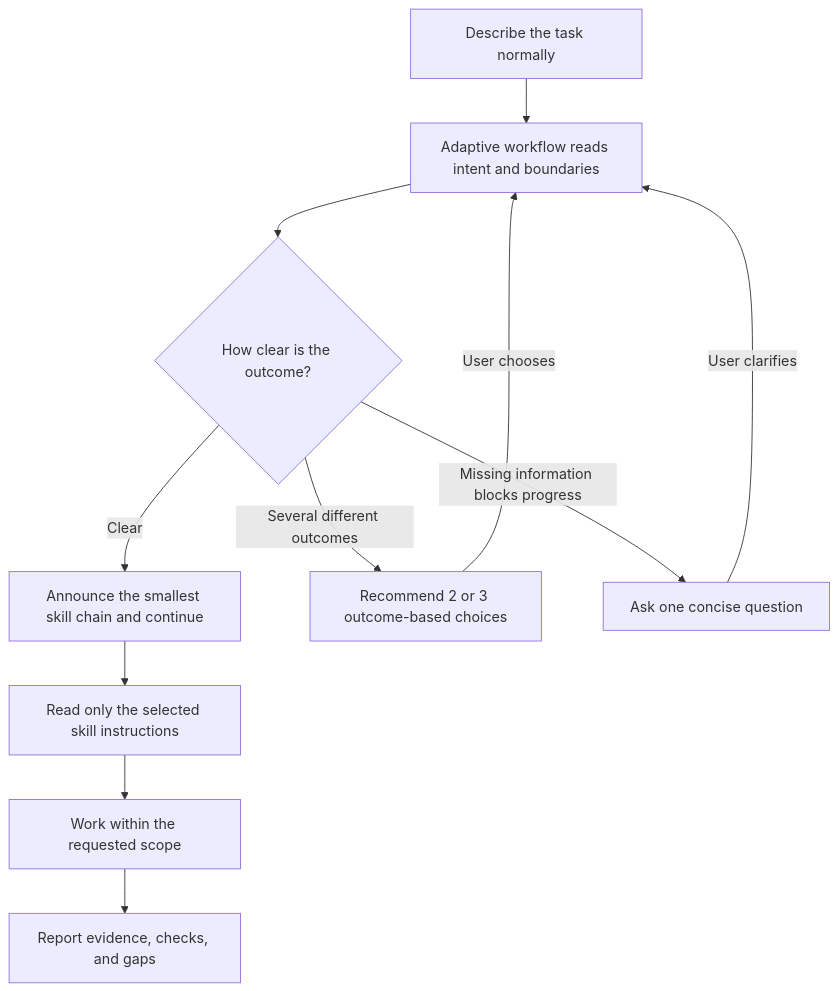
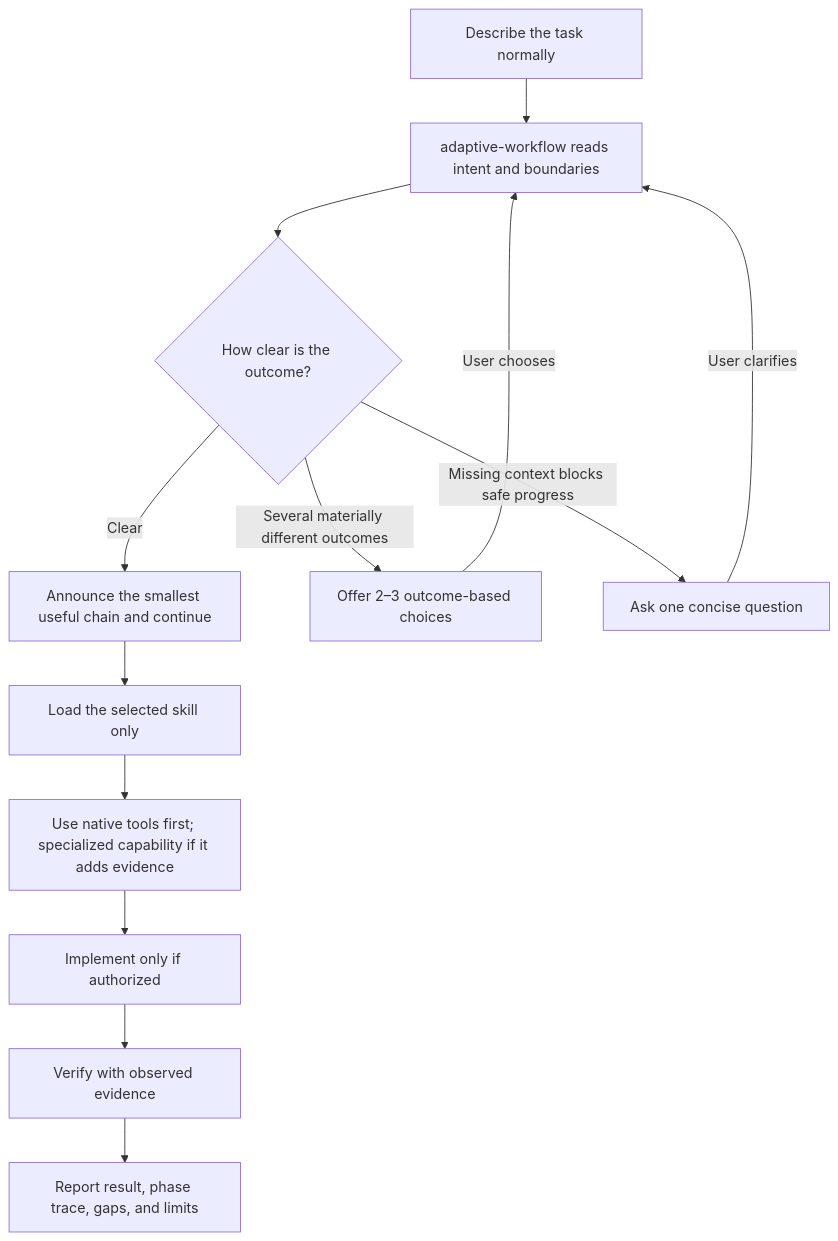
The second of 5 diagrams in README.md (RaditteAnggoro/skill-for-lazy-developer), drawn with Mermaid before and after one commit. The commit also changed other lines of this file and 1 other file, not shown here.

````diff
--- a/README.md
+++ b/README.md
@@ -119,13 +186,15 @@
 ```mermaid
 flowchart TD
-    A[Describe the task normally] --> B[Adaptive workflow reads intent and boundaries]
+    A[Describe the task normally] --> B[adaptive-workflow reads intent and boundaries]
     B --> C{How clear is the outcome?}
-    C -->|Clear| D[Announce the smallest skill chain and continue]
-    C -->|Several different outcomes| E[Recommend 2 or 3 outcome-based choices]
-    C -->|Missing information blocks progress| F[Ask one concise question]
+    C -->|Clear| D[Announce the smallest useful chain and continue]
+    C -->|Several materially different outcomes| E[Offer 2–3 outcome-based choices]
+    C -->|Missing context blocks safe progress| F[Ask one concise question]
     E -->|User chooses| B
     F -->|User clarifies| B
-    D --> G[Read only the selected skill instructions]
-    G --> H[Work within the requested scope]
-    H --> I[Report evidence, checks, and gaps]
+    D --> G[Load the selected skill only]
+    G --> H[Use native tools first; specialized capability if it adds evidence]
+    H --> I[Implement only if authorized]
+    I --> J[Verify with observed evidence]
+    J --> K[Report result, phase trace, gaps, and limits]
 ```
````
